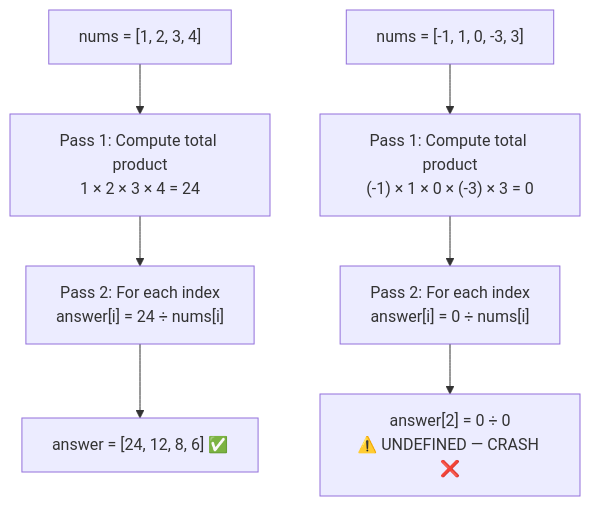
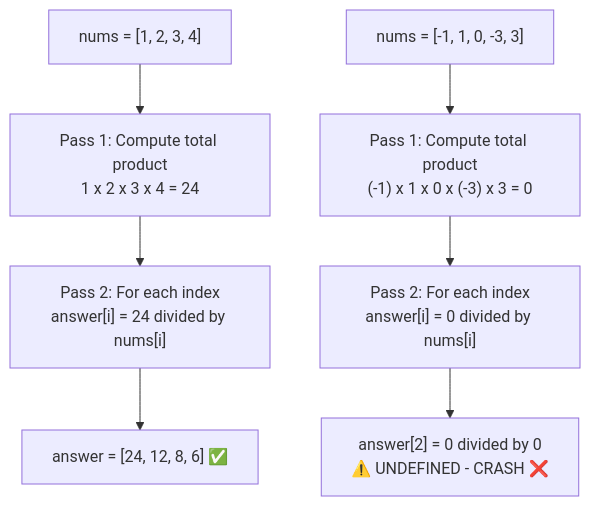
One commit to M-F-Tushar/LeetCode-Problem-Solving changed the eighth of 15 diagrams in 8 - Product of Array Except Self/README.md. Above: the diagram before and after it, drawn with Mermaid. The commit also changed other lines of this file, not shown here.

````diff
--- a/8 - Product of Array Except Self/README.md
+++ b/8 - Product of Array Except Self/README.md
@@ -155,10 +272,10 @@
 ```mermaid
 flowchart TD
-    A["nums = [1, 2, 3, 4]"] --> B["Pass 1: Compute total product\n1 × 2 × 3 × 4 = 24"]
-    B --> C["Pass 2: For each index\nanswer[i] = 24 ÷ nums[i]"]
+    A["nums = [1, 2, 3, 4]"] --> B["Pass 1: Compute total product\n1 x 2 x 3 x 4 = 24"]
+    B --> C["Pass 2: For each index\nanswer[i] = 24 divided by nums[i]"]
     C --> D["answer = [24, 12, 8, 6] ✅"]
 
-    E["nums = [-1, 1, 0, -3, 3]"] --> F["Pass 1: Compute total product\n(-1) × 1 × 0 × (-3) × 3 = 0"]
-    F --> G["Pass 2: For each index\nanswer[i] = 0 ÷ nums[i]"]
-    G --> H["answer[2] = 0 ÷ 0\n⚠️ UNDEFINED — CRASH ❌"]
+    E["nums = [-1, 1, 0, -3, 3]"] --> F["Pass 1: Compute total product\n(-1) x 1 x 0 x (-3) x 3 = 0"]
+    F --> G["Pass 2: For each index\nanswer[i] = 0 divided by nums[i]"]
+    G --> H["answer[2] = 0 divided by 0\n⚠️ UNDEFINED  -  CRASH ❌"]
 ```
````
